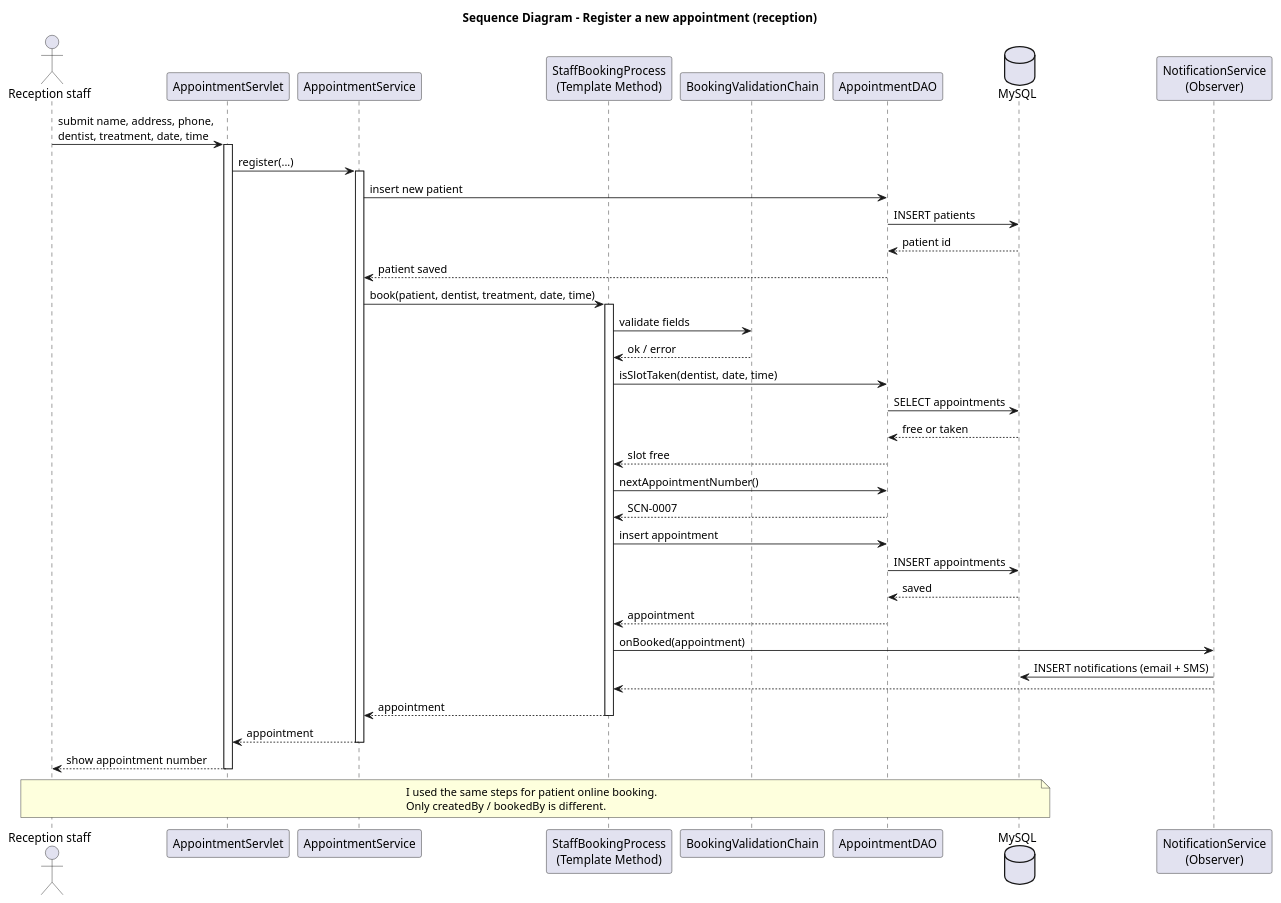
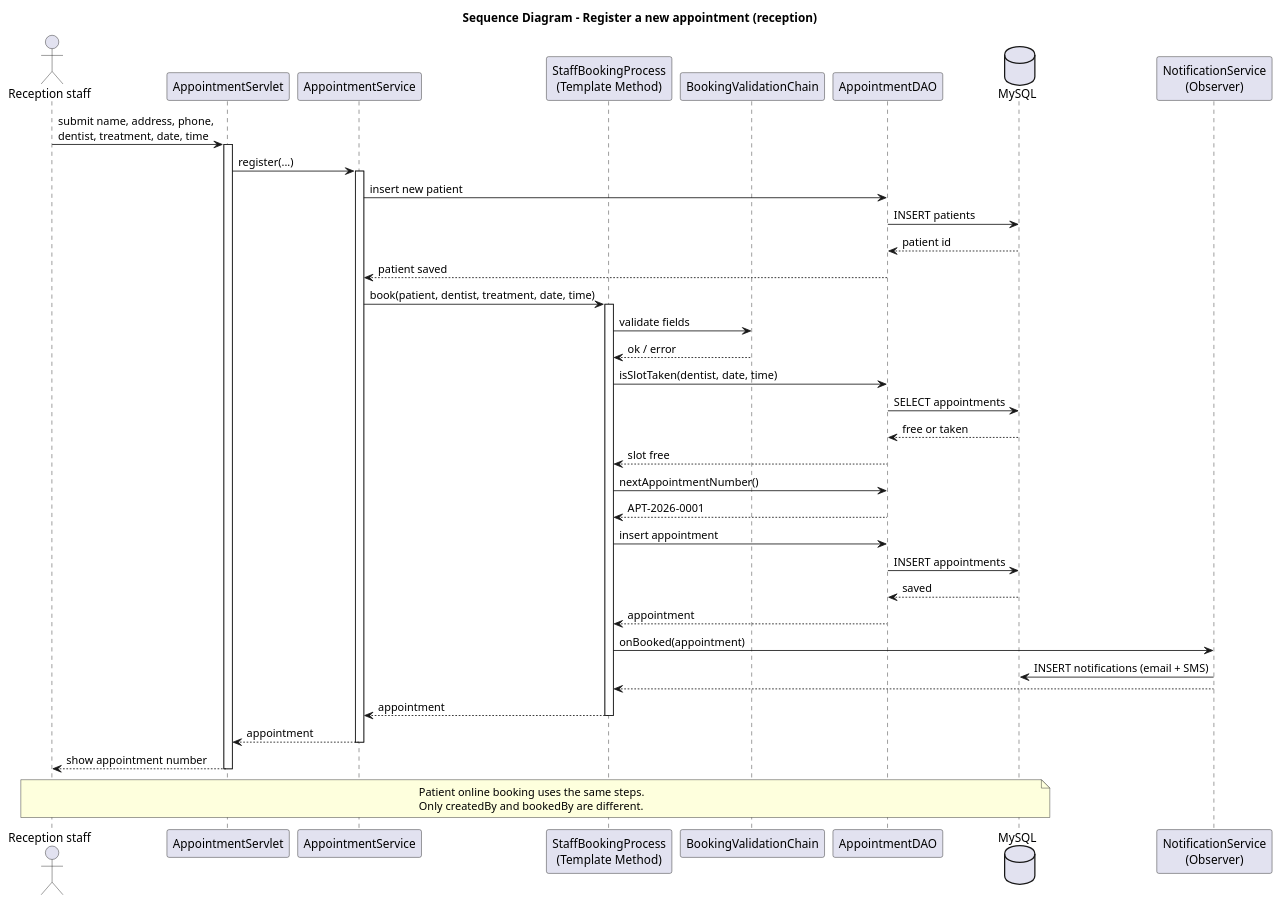
Before and after one commit to Dayansank/sunrise-clinic: the diagram in docs/uml/03-sequence-booking.puml, drawn with PlantUML. The commit also changed 43 other files, not shown here.

```diff
--- a/docs/uml/03-sequence-booking.puml
+++ b/docs/uml/03-sequence-booking.puml
@@ -1,54 +1,54 @@
 @startuml Sunrise_Sequence_Booking
 title Sequence Diagram - Register a new appointment (reception)
 
 actor "Reception staff" as Rec
 participant "AppointmentServlet" as S
 participant "AppointmentService" as AS
 participant "StaffBookingProcess\n(Template Method)" as T
 participant "BookingValidationChain" as V
 participant "AppointmentDAO" as DAO
 database "MySQL" as DB
 participant "NotificationService\n(Observer)" as N
 
 Rec -> S : submit name, address, phone,\ndentist, treatment, date, time
 activate S
 S -> AS : register(...)
 activate AS
 AS -> DAO : insert new patient
 DAO -> DB : INSERT patients
 DB --> DAO : patient id
 DAO --> AS : patient saved
 
 AS -> T : book(patient, dentist, treatment, date, time)
 activate T
 T -> V : validate fields
 V --> T : ok / error
 
 T -> DAO : isSlotTaken(dentist, date, time)
 DAO -> DB : SELECT appointments
 DB --> DAO : free or taken
 DAO --> T : slot free
 
 T -> DAO : nextAppointmentNumber()
-DAO --> T : SCN-0007
+DAO --> T : APT-2026-0001
 T -> DAO : insert appointment
 DAO -> DB : INSERT appointments
 DB --> DAO : saved
 DAO --> T : appointment
 
 T -> N : onBooked(appointment)
 N -> DB : INSERT notifications (email + SMS)
 N --> T
 T --> AS : appointment
 deactivate T
 AS --> S : appointment
 deactivate AS
 S --> Rec : show appointment number
 deactivate S
 
 note over Rec, DB
-  I used the same steps for patient online booking.
-  Only createdBy / bookedBy is different.
+  Patient online booking uses the same steps.
+  Only createdBy and bookedBy are different.
 end note
 
 @enduml
```
